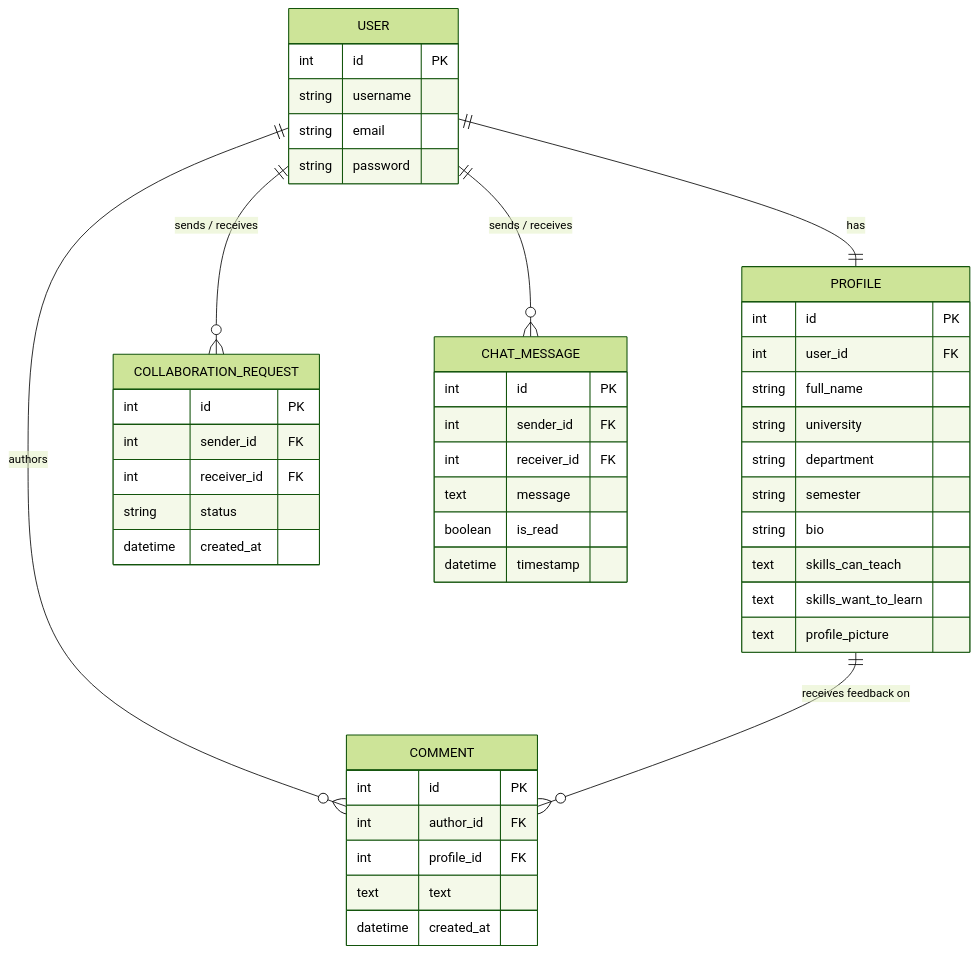
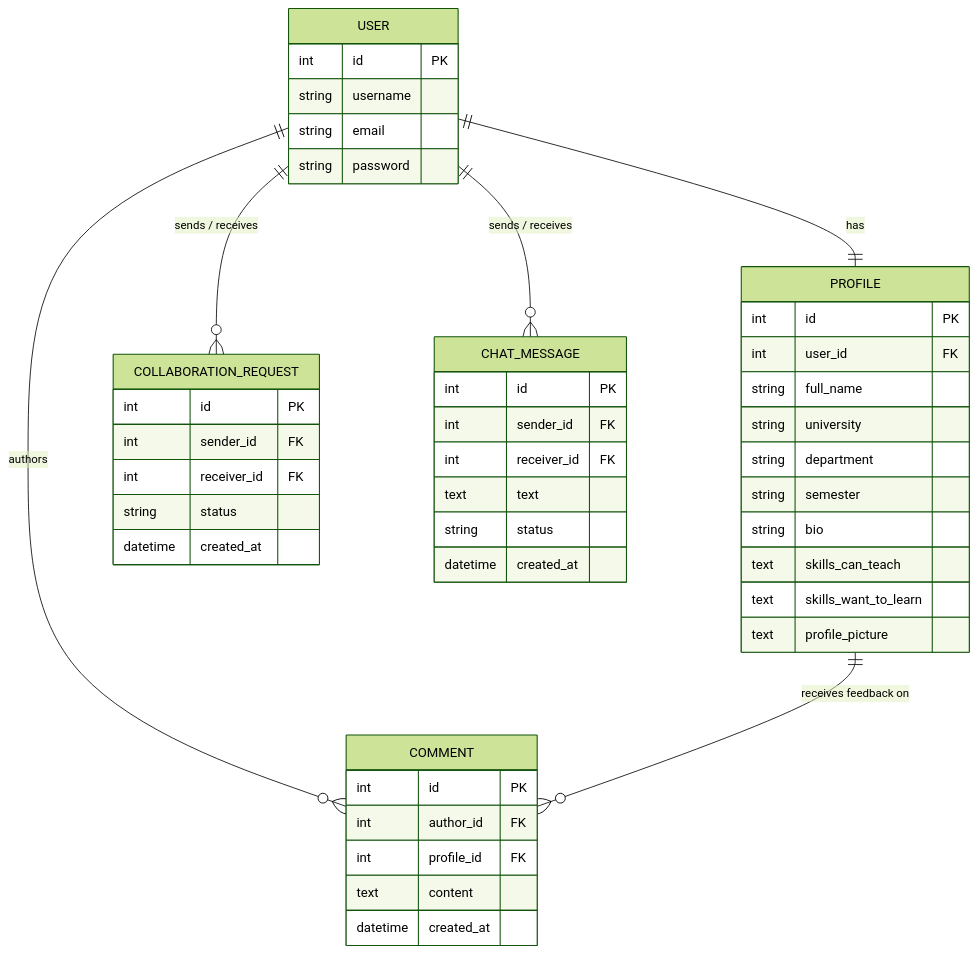
The diagram in README.md (halimajahanchowdhury/The-Common-Room), drawn with Mermaid (forest theme) before and after one commit. The commit also changed other lines of this file, not shown here.

Commit message:
docs: update README with live Vercel/Netlify links, new features, and architecture

````diff
--- a/README.md
+++ b/README.md
@@ -51,53 +104,53 @@
 ```mermaid
 erDiagram
     USER ||--|| PROFILE : "has"
     USER ||--o{ COLLABORATION_REQUEST : "sends / receives"
     USER ||--o{ CHAT_MESSAGE : "sends / receives"
     USER ||--o{ COMMENT : "authors"
     PROFILE ||--o{ COMMENT : "receives feedback on"
 
     USER {
         int id PK
         string username
         string email
         string password
     }
 
     PROFILE {
         int id PK
         int user_id FK
         string full_name
         string university
         string department
         string semester
         string bio
         text skills_can_teach
         text skills_want_to_learn
         text profile_picture
     }
 
     COLLABORATION_REQUEST {
         int id PK
         int sender_id FK
         int receiver_id FK
         string status
         datetime created_at
     }
 
     COMMENT {
         int id PK
         int author_id FK
         int profile_id FK
-        text text
+        text content
         datetime created_at
     }
 
     CHAT_MESSAGE {
         int id PK
         int sender_id FK
         int receiver_id FK
-        text message
-        boolean is_read
-        datetime timestamp
+        text text
+        string status
+        datetime created_at
     }
 ```
````
